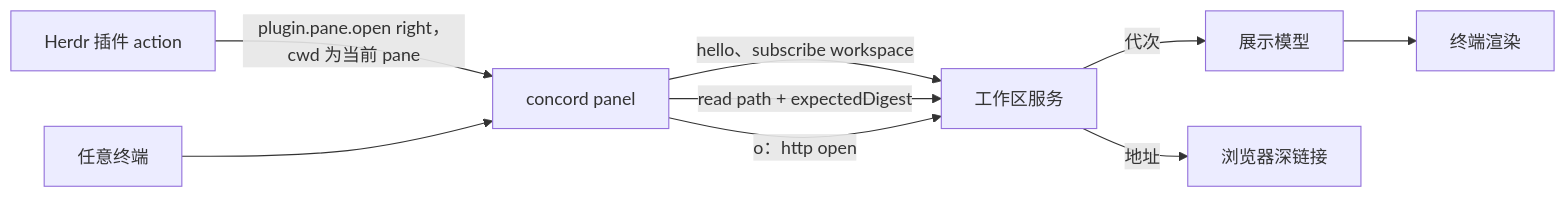
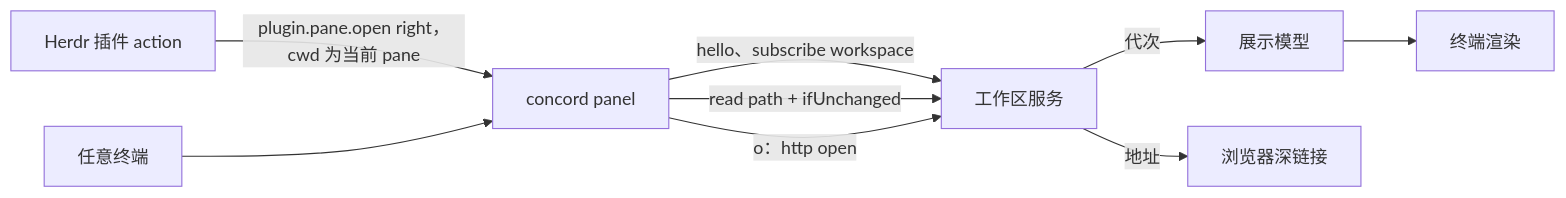
Before and after one commit to CorrectRoadH/Concord: the diagram in docs/feature/herdr-panel/architecture.md, drawn with Mermaid. The commit also changed other lines of this file and 74 other files, not shown here.

````diff
--- a/docs/feature/herdr-panel/architecture.md
+++ b/docs/feature/herdr-panel/architecture.md
@@ -18,11 +18,11 @@
 ```mermaid
 flowchart LR
   Herdr[Herdr 插件 action] -->|plugin.pane.open right，cwd 为当前 pane| Panel[concord panel]
   Shell[任意终端] --> Panel
   Panel -->|hello、subscribe workspace| Server[工作区服务]
   Server -->|代次| Model[展示模型]
-  Panel -->|read path + expectedDigest| Server
+  Panel -->|read path + ifUnchanged| Server
   Model --> Render[终端渲染]
   Panel -->|o：http open| Server
   Server -->|地址| Browser[浏览器深链接]
 ```
````
